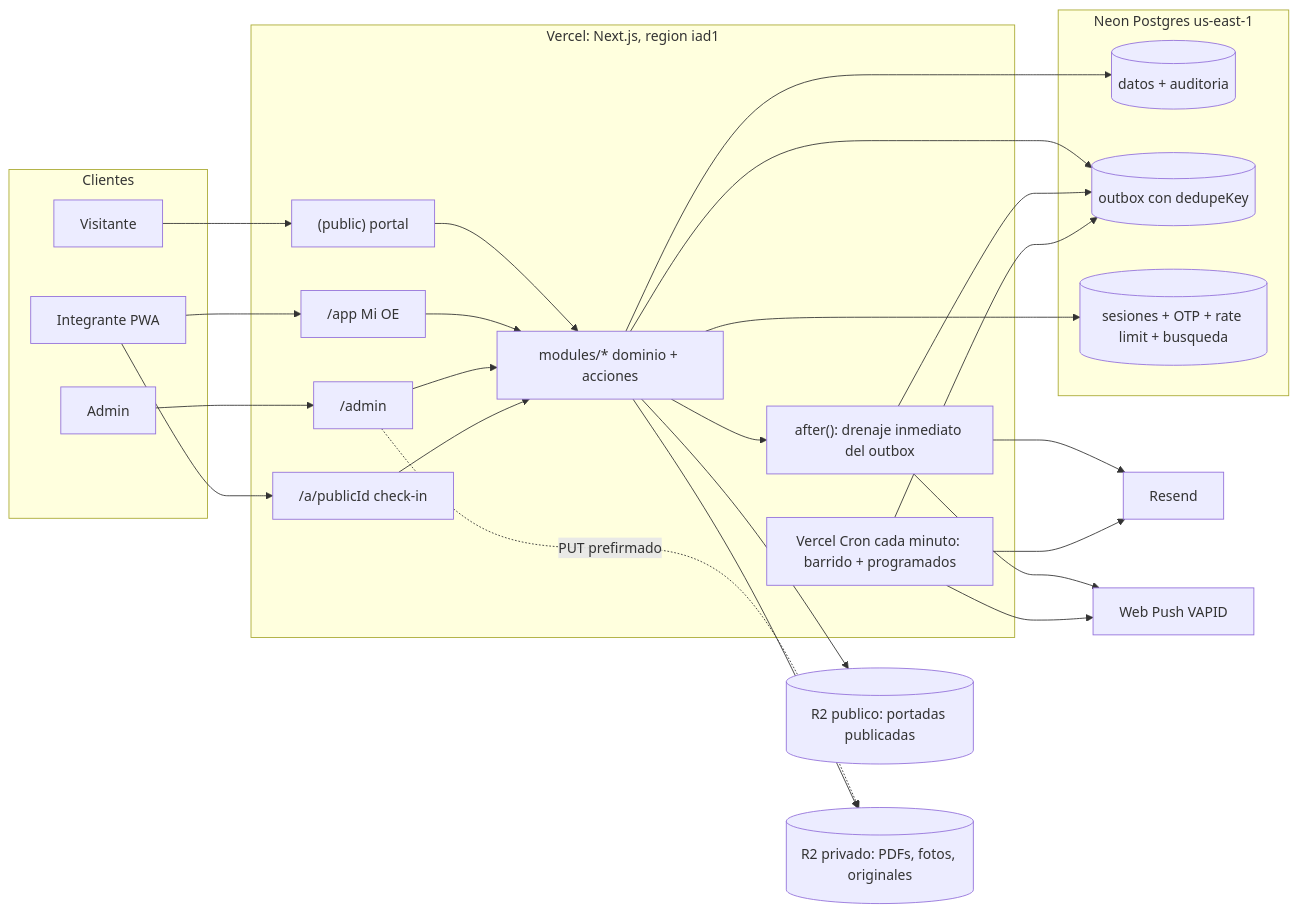
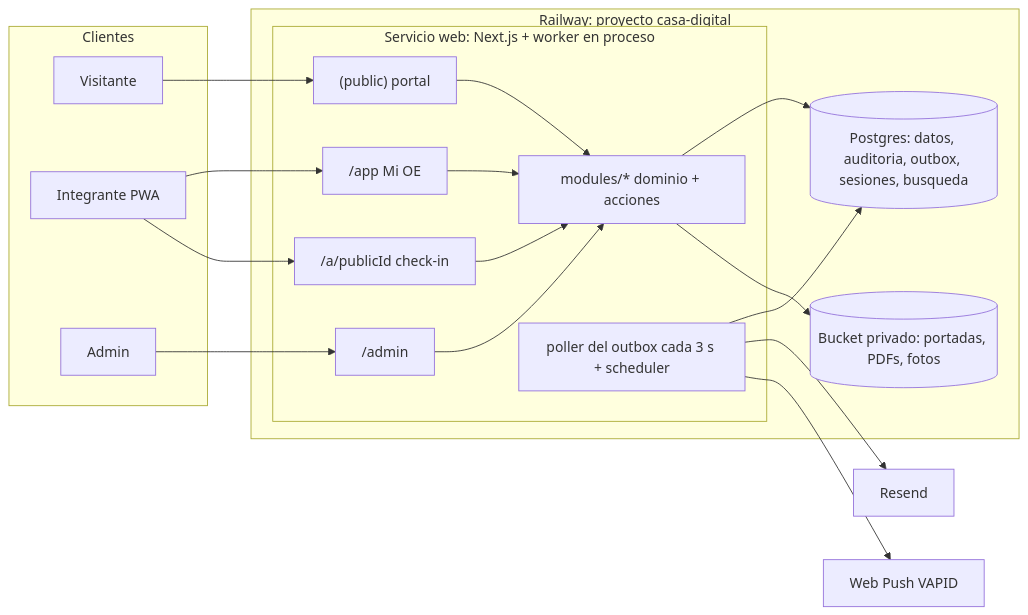
Before and after one commit to Mateoloperaortiz/LaOE: the diagram in docs/01-arquitectura.md, drawn with Mermaid. The commit also changed other lines of this file and 23 other files, not shown here.

First line of the commit message:
docs: hosting en Railway, carpeta casa-digital y marca desde el manual

````diff
--- a/docs/01-arquitectura.md
+++ b/docs/01-arquitectura.md
@@ -7,47 +7,35 @@
 ```mermaid
 flowchart LR
   subgraph clientes [Clientes]
     V[Visitante]
     I[Integrante PWA]
     A[Admin]
   end
-  subgraph vercel [Vercel: Next.js, region iad1]
-    Pub["(public) portal"]
-    Mi["/app Mi OE"]
-    Adm["/admin"]
-    Chk["/a/publicId check-in"]
-    Mod["modules/* dominio + acciones"]
-    After["after(): drenaje inmediato del outbox"]
-    Cron["Vercel Cron cada minuto: barrido + programados"]
+  subgraph railway [Railway: proyecto casa-digital]
+    subgraph web [Servicio web: Next.js + worker en proceso]
+      Pub["(public) portal"]
+      Mi["/app Mi OE"]
+      Adm["/admin"]
+      Chk["/a/publicId check-in"]
+      Mod["modules/* dominio + acciones"]
+      Poll["poller del outbox cada 3 s + scheduler"]
+    end
+    PG[(Postgres: datos, auditoria, outbox, sesiones, busqueda)]
+    Bucket[(Bucket privado: portadas, PDFs, fotos)]
   end
-  subgraph neon [Neon Postgres us-east-1]
-    DB[(datos + auditoria)]
-    Out[(outbox con dedupeKey)]
-    Ses[(sesiones + OTP + rate limit + busqueda)]
-  end
-  R2pub[(R2 publico: portadas publicadas)]
-  R2priv[(R2 privado: PDFs, fotos, originales)]
   Mail[Resend]
   Push[Web Push VAPID]
   V --> Pub
   I --> Mi
   I --> Chk
   A --> Adm
   Pub --> Mod
   Mi --> Mod
   Adm --> Mod
   Chk --> Mod
-  Mod --> DB
-  Mod --> Out
-  Mod --> Ses
-  Mod --> After
-  After --> Out
-  Cron --> Out
-  After --> Mail
-  After --> Push
-  Cron --> Mail
-  Cron --> Push
-  Adm -. PUT prefirmado .-> R2priv
-  Mod --> R2pub
-  Mod --> R2priv
+  Mod --> PG
+  Mod --> Bucket
+  Poll --> PG
+  Poll --> Mail
+  Poll --> Push
 ```
````
